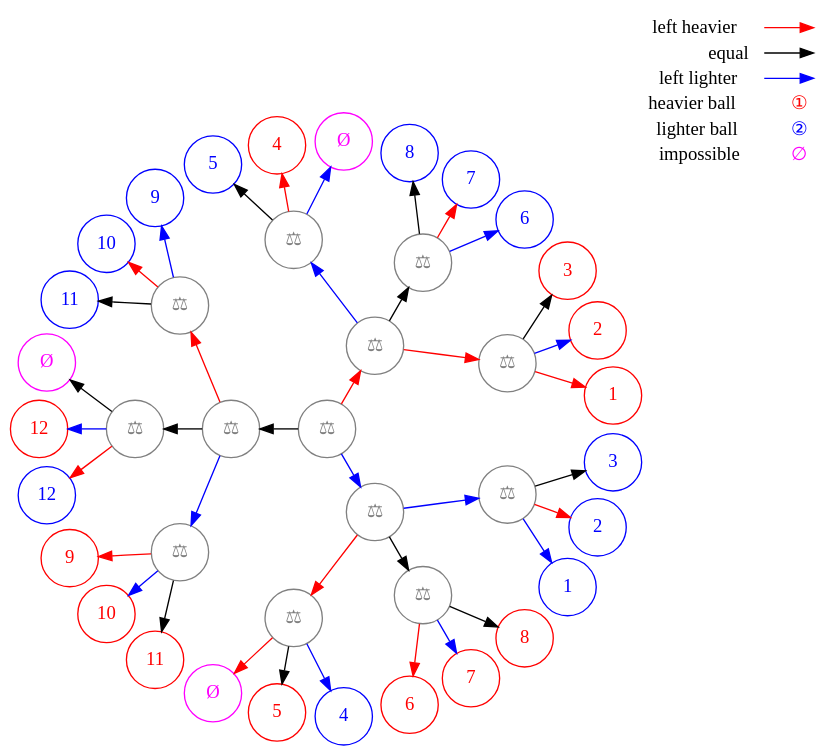
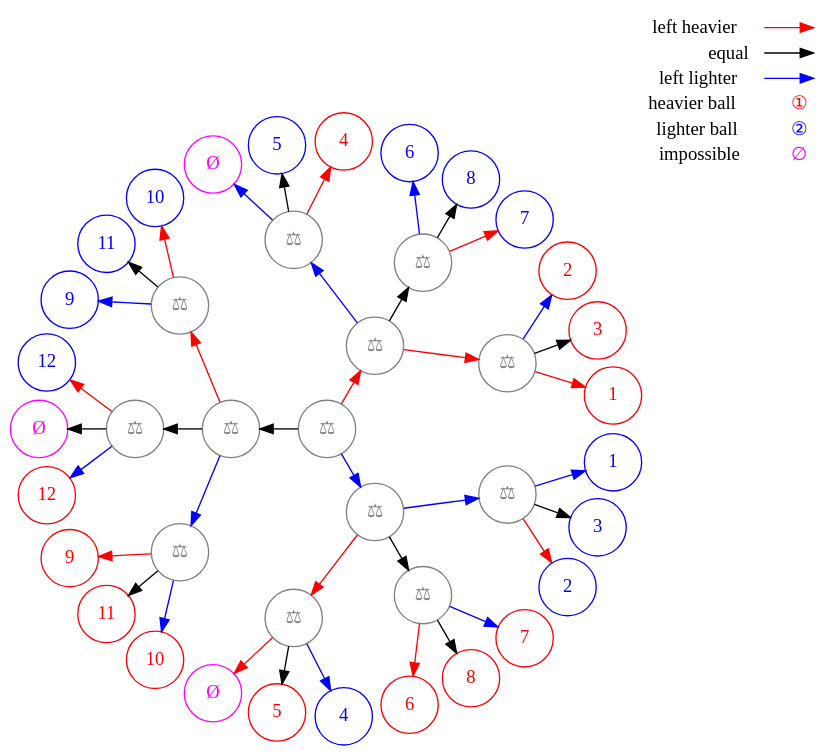
The diagram in docs/result.gv (selu/wpbsolver), drawn with Graphviz before and after one commit.

Commit message:
reorder items

```diff
--- a/docs/result.gv
+++ b/docs/result.gv
@@ -1,128 +1,133 @@
 digraph G {
   layout="twopi";
   bgcolor="transparent";
+
   node [
     shape="circle",
     fixedsize=true,
     width="0.6",
     fillcolor="white",
     style="filled",
     color="grey",
     fontcolor="grey",
     label="⚖"
   ];
   start;
   lev1_g;
   lev1_e;
   lev1_l;
   lev2_gg;
   lev2_ge;
   lev2_gl;
   lev2_eg;
   lev2_ee;
   lev2_el;
   lev2_lg;
   lev2_le;
   lev2_ll;
 
-  node [color="magenta", label="Ø", fontcolor="magenta"];
-  lev3_gll;
-  lev3_eee;
-  lev3_lgg;
 
-  node [color="red", fontcolor="red"];
-  lev3_ggg [label="1"];
-  lev3_ggl [label="2"];
-  lev3_gge [label="3"];
-  lev3_glg [label="4"];
-  lev3_lge [label="5"];
-  lev3_leg [label="6"];
-  lev3_lel [label="7"];
-  lev3_lee [label="8"];
-  lev3_elg [label="9"];
-  lev3_ell [label="10"];
-  lev3_ele [label="11"];
-  lev3_eel [label="12"];
+  lev3_ggg [label="1", color="red", fontcolor="red"];
+  lev3_gge [label="3", color="red", fontcolor="red"];
+  lev3_ggl [label="2", color="red", fontcolor="red"];
 
-  node [color="blue", fontcolor="blue"];
-  lev3_lll [label="1"];
-  lev3_llg [label="2"];
-  lev3_lle [label="3"];
-  lev3_lgl [label="4"];
-  lev3_gle [label="5"];
-  lev3_gel [label="6"];
-  lev3_geg [label="7"];
-  lev3_gee [label="8"];
-  lev3_egl [label="9"];
-  lev3_egg [label="10"];
-  lev3_ege [label="11"];
-  lev3_eeg [label="12"];
+  lev3_geg [label="7", color="blue", fontcolor="blue"];
+  lev3_gee [label="8", color="blue", fontcolor="blue"];
+  lev3_gel [label="6", color="blue", fontcolor="blue"];
+
+  lev3_glg [label="4", color="red", fontcolor="red"];
+  lev3_gle [label="5", color="blue", fontcolor="blue"];
+  lev3_gll [label="Ø", color="magenta", fontcolor="magenta"];
+
+  lev3_egg [label="10", color="blue", fontcolor="blue"];
+  lev3_ege [label="11", color="blue", fontcolor="blue"];
+  lev3_egl [label="9", color="blue", fontcolor="blue"];
+
+  lev3_eeg [label="12", color="blue", fontcolor="blue"];
+  lev3_eee [label="Ø", color="magenta", fontcolor="magenta"];
+  lev3_eel [label="12", color="red", fontcolor="red"];
+
+  lev3_elg [label="9", color="red", fontcolor="red"];
+  lev3_ele [label="11", color="red", fontcolor="red"];
+  lev3_ell [label="10", color="red", fontcolor="red"];
+
+  lev3_lgg [label="Ø", color="magenta", fontcolor="magenta"];
+  lev3_lge [label="5", color="red", fontcolor="red"];
+  lev3_lgl [label="4", color="blue", fontcolor="blue"];
+
+  lev3_leg [label="6", color="red", fontcolor="red"];
+  lev3_lee [label="8", color="red", fontcolor="red"];
+  lev3_lel [label="7", color="red", fontcolor="red"];
+
+  lev3_llg [label="2", color="blue", fontcolor="blue"];
+  lev3_lle [label="3", color="blue", fontcolor="blue"];
+  lev3_lll [label="1", color="blue", fontcolor="blue"];
 
   start -> lev1_e;
   lev1_g -> lev2_ge;
   lev1_e -> lev2_ee;
   lev1_l -> lev2_le;
   lev2_gg -> lev3_gge;
   lev2_ge -> lev3_gee;
   lev2_gl -> lev3_gle;
   lev2_eg -> lev3_ege;
   lev2_ee -> lev3_eee;
   lev2_el -> lev3_ele;
   lev2_lg -> lev3_lge;
   lev2_le -> lev3_lee;
   lev2_ll -> lev3_lle;
 
   edge [color="red"];
   start -> lev1_g;
   lev1_g -> lev2_gg;
   lev1_e -> lev2_eg;
   lev1_l -> lev2_lg;
   lev2_gg -> lev3_ggg;
   lev2_ge -> lev3_geg;
   lev2_gl -> lev3_glg;
   lev2_eg -> lev3_egg;
   lev2_ee -> lev3_eeg;
   lev2_el -> lev3_elg;
   lev2_lg -> lev3_lgg;
   lev2_le -> lev3_leg;
   lev2_ll -> lev3_llg;
 
   edge [color="blue"];
   start -> lev1_l;
   lev1_g -> lev2_gl;
   lev1_e -> lev2_el;
   lev1_l -> lev2_ll;
   lev2_gg -> lev3_ggl;
   lev2_ge -> lev3_gel;
   lev2_gl -> lev3_gll;
   lev2_eg -> lev3_egl;
   lev2_ee -> lev3_eel;
   lev2_el -> lev3_ell;
   lev2_lg -> lev3_lgl;
   lev2_le -> lev3_lel;
   lev2_ll -> lev3_lll;
 
   subgraph cluster_1 {
     node [shape=plaintext,color="black",fontcolor="black",fixedsize=false];
     label="Legend";
     key2 [label=<<table border="0" cellpadding="2" cellspacing="0" cellborder="0">
       <tr><td align="right" port="h">&nbsp;</td></tr>
       <tr><td align="right" port="e">&nbsp;</td></tr>
       <tr><td align="right" port="l">&nbsp;</td></tr>
       <tr><td align="left"><font color="red">①</font></td></tr>
       <tr><td align="left"><font color="blue">②</font></td></tr>
       <tr><td align="left"><font color="magenta">∅</font></td></tr>
       </table>>]
     key [label=<<table border="0" cellpadding="2" cellspacing="0" cellborder="0">
       <tr><td align="right" port="h">left heavier</td></tr>
       <tr><td align="right" port="e">equal</td></tr>
       <tr><td align="right" port="l">left lighter</td></tr>
       <tr><td align="right" port="bh">heavier ball</td></tr>
       <tr><td align="right" port="bl">lighter ball</td></tr>
       <tr><td align="right" port="bi">impossible</td></tr>
       </table>>]
     key:h:e -> key2:h:e [color="red"];
     key:e:e -> key2:e:e [color="black"];
     key:l:e -> key2:l:e [color="blue"];
   }
 }
```
